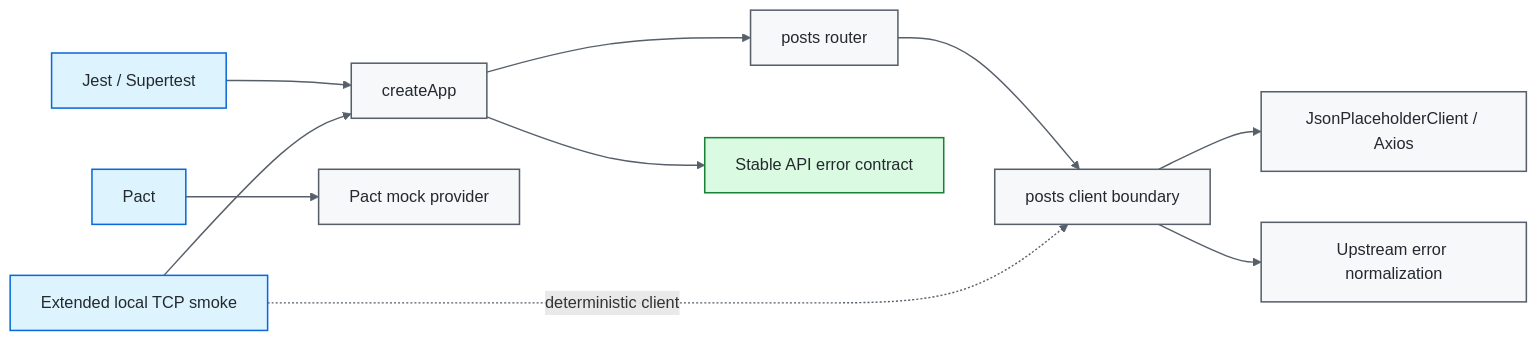
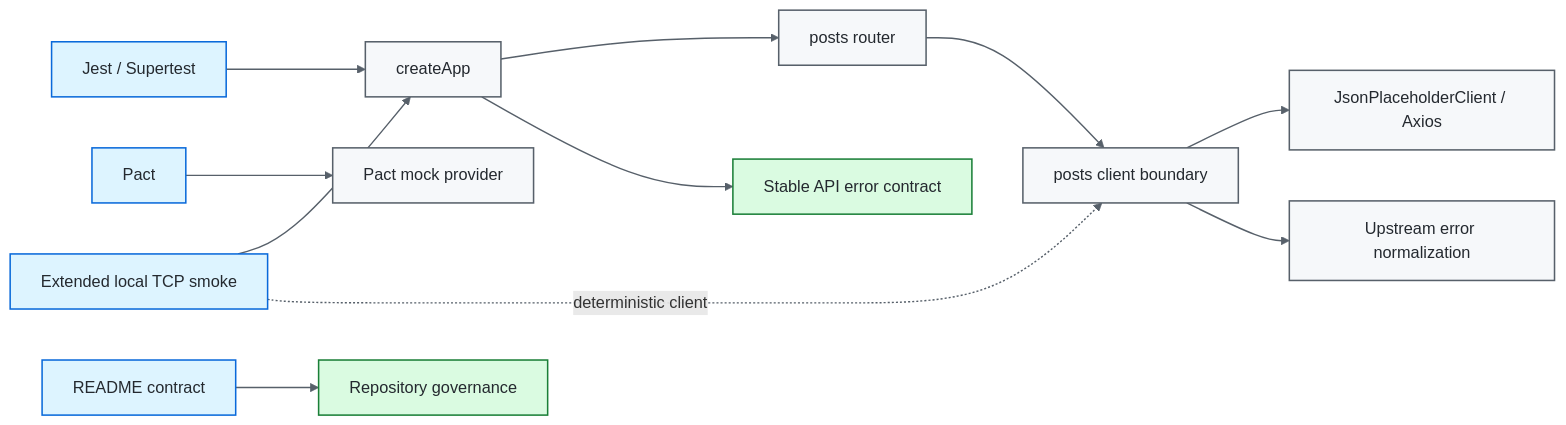
The first of 3 diagrams in README.md (portyu9/qa-automation-node-supertest), drawn with Mermaid before and after one commit. The commit also changed other lines of this file and 2 other files, not shown here.

````diff
--- a/README.md
+++ b/README.md
@@ -34,20 +36,21 @@
 ```mermaid
 flowchart LR
     TEST[Jest / Supertest] --> APP[createApp]
     APP --> ROUTE[posts router]
     ROUTE --> PORT[posts client boundary]
     PORT --> AXIOS[JsonPlaceholderClient / Axios]
     PORT --> ERR[Upstream error normalization]
     CONTRACT[Pact] --> PROVIDER[Pact mock provider]
     LISTENER[Extended local TCP smoke] --> APP
     LISTENER -. deterministic client .-> PORT
     APP --> ENVELOPE[Stable API error contract]
+    DOCS[README contract] --> GOVERN[Repository governance]
 
     classDef entry fill:#ddf4ff,stroke:#0969da,color:#24292f,stroke-width:1.5px;
     classDef core fill:#f6f8fa,stroke:#57606a,color:#24292f,stroke-width:1.5px;
     classDef evidence fill:#dafbe1,stroke:#1a7f37,color:#24292f,stroke-width:1.5px;
-    class TEST,CONTRACT,LISTENER entry;
+    class TEST,CONTRACT,LISTENER,DOCS entry;
     class APP,ROUTE,PORT,AXIOS,ERR,PROVIDER core;
-    class ENVELOPE evidence;
+    class ENVELOPE,GOVERN evidence;
     linkStyle default stroke:#57606a,stroke-width:1.4px;
 ```
````
